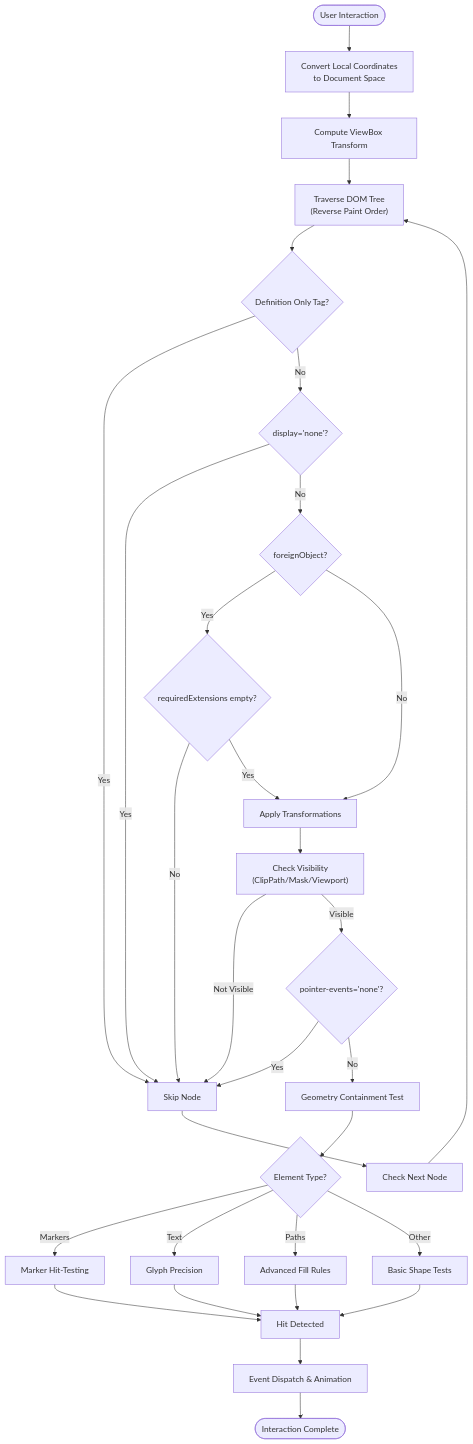
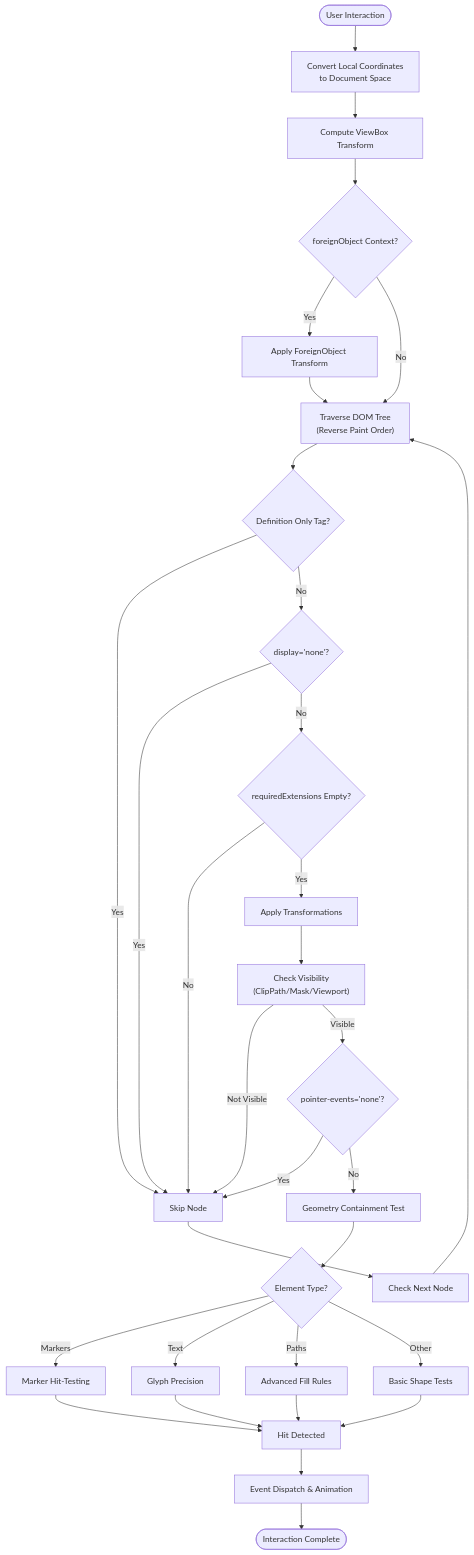
The fourth of 18 diagrams in .qoder/repowiki/en/content/Animated SVG Support/Advanced Animation Features/Advanced Hit Testing Features.md (denisnadey/flutter_full_svg_support), drawn with Mermaid before and after one commit. The commit also changed other lines of this file and 46 other files, not shown here.

First line of the commit message:
feat(advanced-animation): enhance foreign object support and smil timing precision

````diff
--- a/.qoder/repowiki/en/content/Animated SVG Support/Advanced Animation Features/Advanced Hit Testing Features.md
+++ b/.qoder/repowiki/en/content/Animated SVG Support/Advanced Animation Features/Advanced Hit Testing Features.md
@@ -186,33 +194,34 @@
 ```mermaid
 flowchart TD
 Start([User Interaction]) --> LocalToDocument["Convert Local Coordinates<br/>to Document Space"]
 LocalToDocument --> ComputeTransform["Compute ViewBox Transform"]
-ComputeTransform --> TraverseTree["Traverse DOM Tree<br/>(Reverse Paint Order)"]
+ComputeTransform --> CheckForeign{"foreignObject Context?"}
+CheckForeign --> |Yes| ApplyForeignTransform["Apply ForeignObject Transform"]
+CheckForeign --> |No| TraverseTree["Traverse DOM Tree<br/>(Reverse Paint Order)"]
+ApplyForeignTransform --> TraverseTree
 TraverseTree --> CheckDefinition{"Definition Only Tag?"}
 CheckDefinition --> |Yes| SkipNode["Skip Node"]
 CheckDefinition --> |No| CheckDisplay{"display='none'?"}
 CheckDisplay --> |Yes| SkipNode
-CheckDisplay --> |No| CheckForeign{"foreignObject?"}
-CheckForeign --> |Yes| CheckExtensions{"requiredExtensions empty?"}
+CheckDisplay --> |No| CheckExtensions{"requiredExtensions Empty?"}
 CheckExtensions --> |No| SkipNode
 CheckExtensions --> |Yes| ApplyTransform["Apply Transformations"]
-CheckForeign --> |No| ApplyTransform
 ApplyTransform --> CheckVisibility["Check Visibility<br/>(ClipPath/Mask/Viewport)"]
 CheckVisibility --> |Not Visible| SkipNode
 CheckVisibility --> |Visible| CheckPointerEvents{"pointer-events='none'?"}
 CheckPointerEvents --> |Yes| SkipNode
 CheckPointerEvents --> |No| CheckGeometry["Geometry Containment Test"]
 CheckGeometry --> GeometryType{"Element Type?"}
 GeometryType --> |Markers| MarkerTest["Marker Hit-Testing"]
 GeometryType --> |Text| TextPrecision["Glyph Precision"]
 GeometryType --> |Paths| AdvancedFill["Advanced Fill Rules"]
 GeometryType --> |Other| BasicGeometry["Basic Shape Tests"]
 MarkerTest --> HitResult["Hit Detected"]
 TextPrecision --> HitResult
 AdvancedFill --> HitResult
 BasicGeometry --> HitResult
 SkipNode --> NextNode["Check Next Node"]
 NextNode --> TraverseTree
 HitResult --> EventDispatch["Event Dispatch & Animation"]
 EventDispatch --> End([Interaction Complete])
 ```
````
